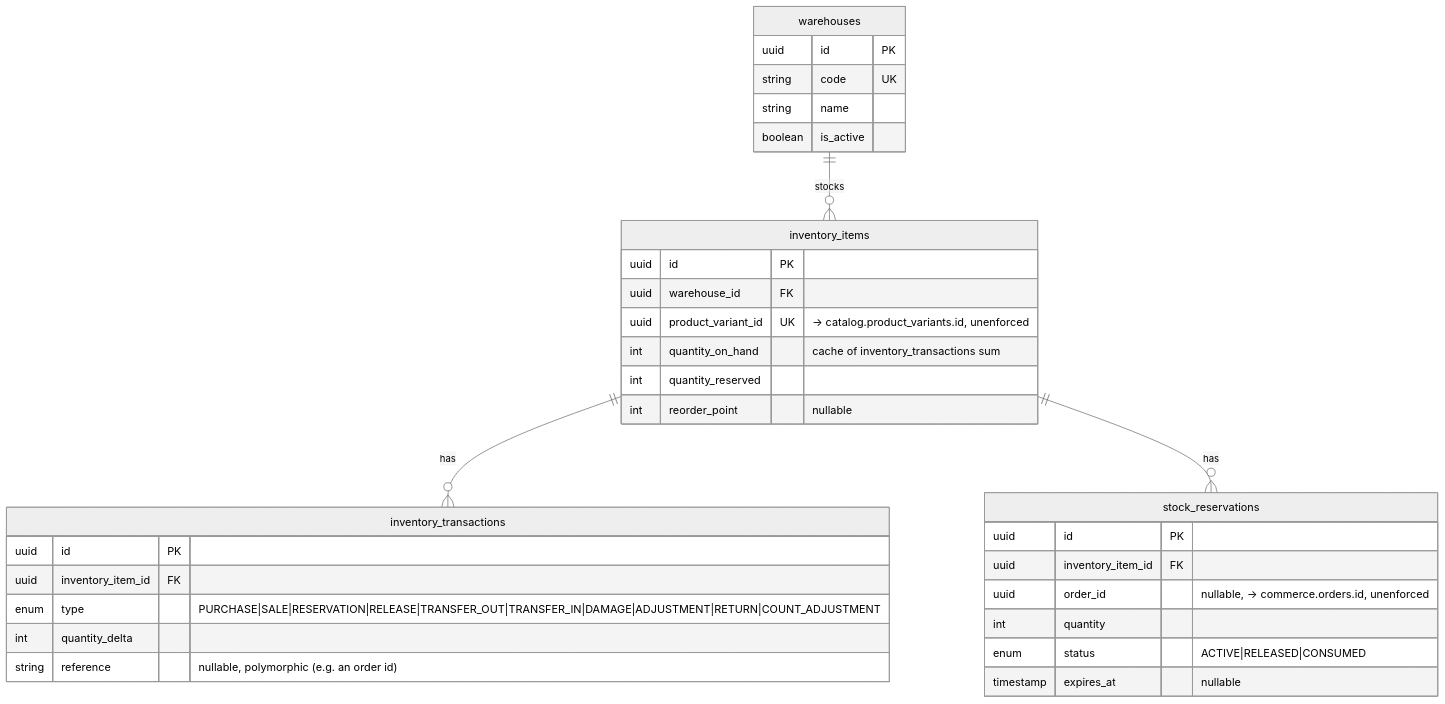
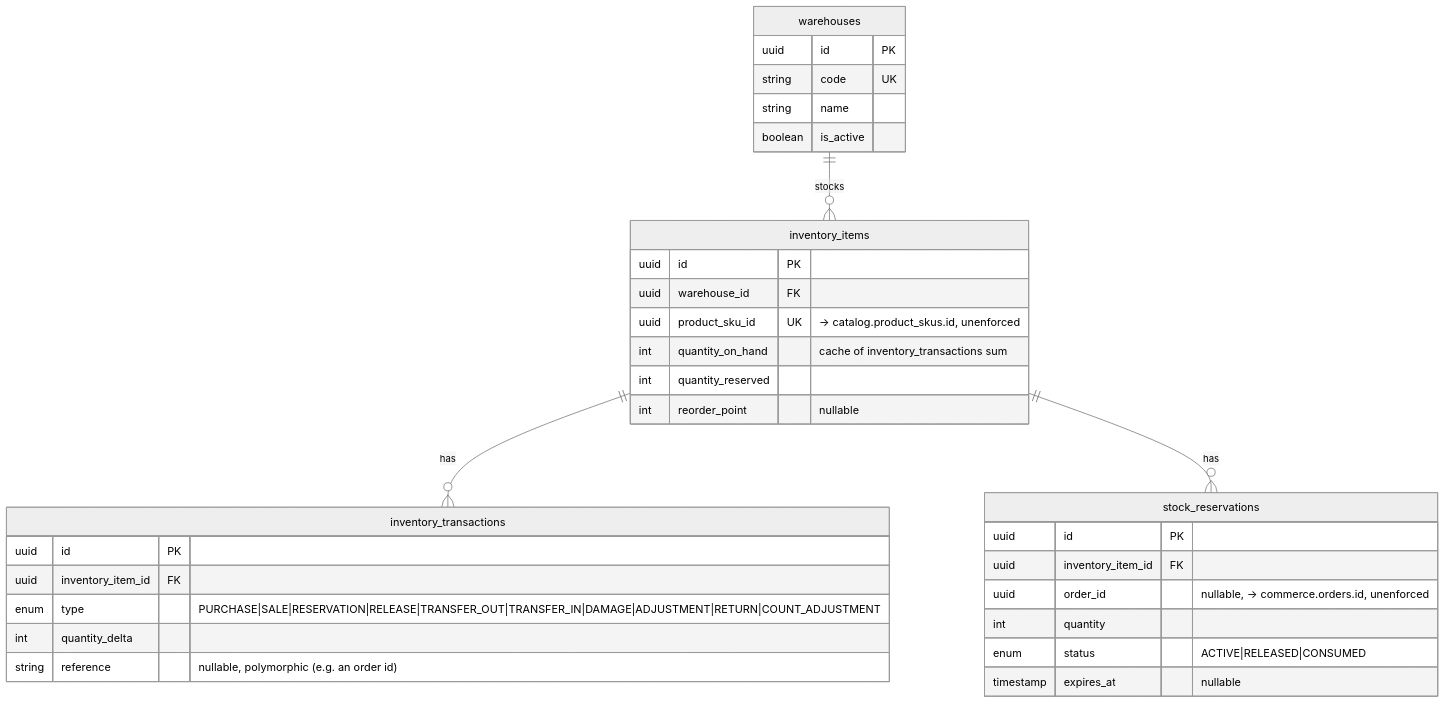
One commit to HuseinHbz/Didar changed the fifth of 12 diagrams in docs/database/erd.md. Above: the diagram before and after it, drawn with Mermaid (neutral theme). The commit also changed other lines of this file and 12 other files, not shown here.

````diff
--- a/docs/database/erd.md
+++ b/docs/database/erd.md
@@ -325,36 +378,36 @@
 ```mermaid
 erDiagram
     warehouses ||--o{ inventory_items : stocks
     inventory_items ||--o{ inventory_transactions : has
     inventory_items ||--o{ stock_reservations : has
 
     warehouses {
         uuid id PK
         string code UK
         string name
         boolean is_active
     }
     inventory_items {
         uuid id PK
         uuid warehouse_id FK
-        uuid product_variant_id UK "-> catalog.product_variants.id, unenforced"
+        uuid product_sku_id UK "-> catalog.product_skus.id, unenforced"
         int quantity_on_hand "cache of inventory_transactions sum"
         int quantity_reserved
         int reorder_point "nullable"
     }
     inventory_transactions {
         uuid id PK
         uuid inventory_item_id FK
         enum type "PURCHASE|SALE|RESERVATION|RELEASE|TRANSFER_OUT|TRANSFER_IN|DAMAGE|ADJUSTMENT|RETURN|COUNT_ADJUSTMENT"
         int quantity_delta
         string reference "nullable, polymorphic (e.g. an order id)"
     }
     stock_reservations {
         uuid id PK
         uuid inventory_item_id FK
         uuid order_id "nullable, -> commerce.orders.id, unenforced"
         int quantity
         enum status "ACTIVE|RELEASED|CONSUMED"
         timestamp expires_at "nullable"
     }
 ```
````
